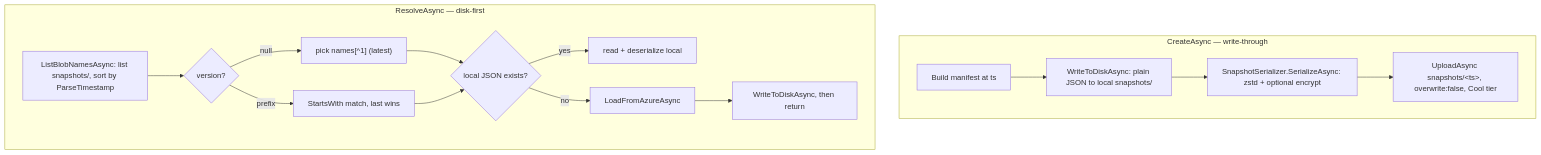
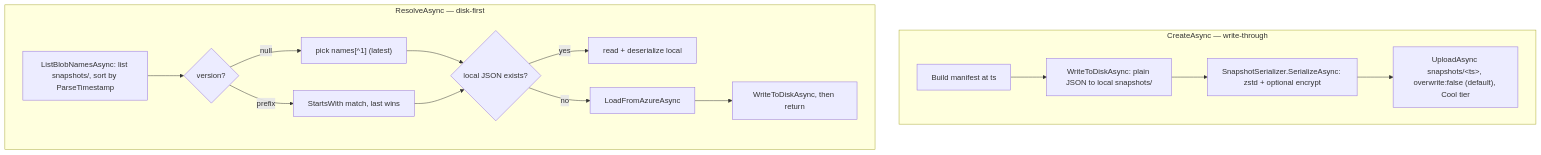
The first of 2 diagrams in docs/design/core/shared/snapshot.md (woutervanranst/Arius7), drawn with Mermaid before and after one commit. The commit also changed other lines of this file and 7 other files, not shown here.

````diff
--- a/docs/design/core/shared/snapshot.md
+++ b/docs/design/core/shared/snapshot.md
@@ -30,17 +30,17 @@
 ```mermaid
 flowchart TD
     subgraph create[CreateAsync — write-through]
       C1[Build manifest at ts] --> C2[WriteToDiskAsync: plain JSON to local snapshots/]
       C2 --> C3[SnapshotSerializer.SerializeAsync: zstd + optional encrypt]
-      C3 --> C4["UploadAsync snapshots/&lt;ts&gt;, overwrite:false, Cool tier"]
+      C3 --> C4["UploadAsync snapshots/&lt;ts&gt;, overwrite:false (default), Cool tier"]
     end
     subgraph resolve[ResolveAsync — disk-first]
       R1[ListBlobNamesAsync: list snapshots/, sort by ParseTimestamp] --> R2{version?}
       R2 -->|null| R3["pick names[^1] (latest)"]
       R2 -->|prefix| R4[StartsWith match, last wins]
       R3 --> R5{local JSON exists?}
       R4 --> R5
       R5 -->|yes| R6[read + deserialize local]
       R5 -->|no| R7[LoadFromAzureAsync] --> R8[WriteToDiskAsync, then return]
     end
 ```
````
